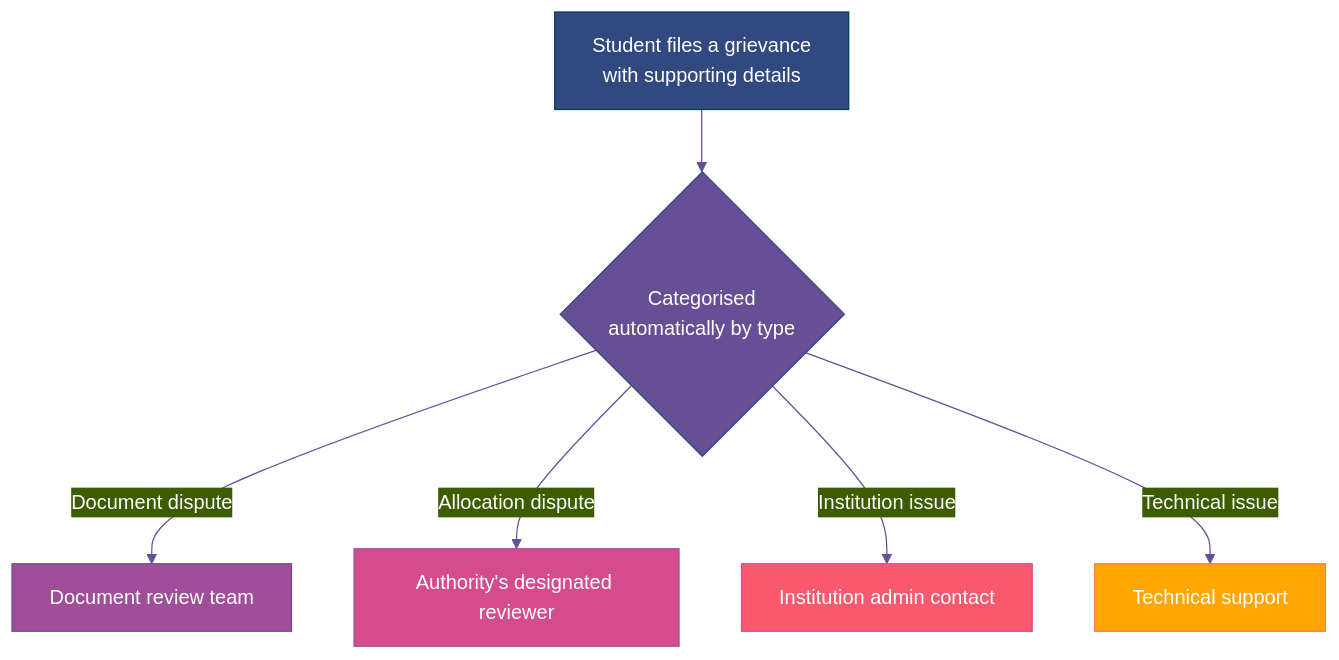
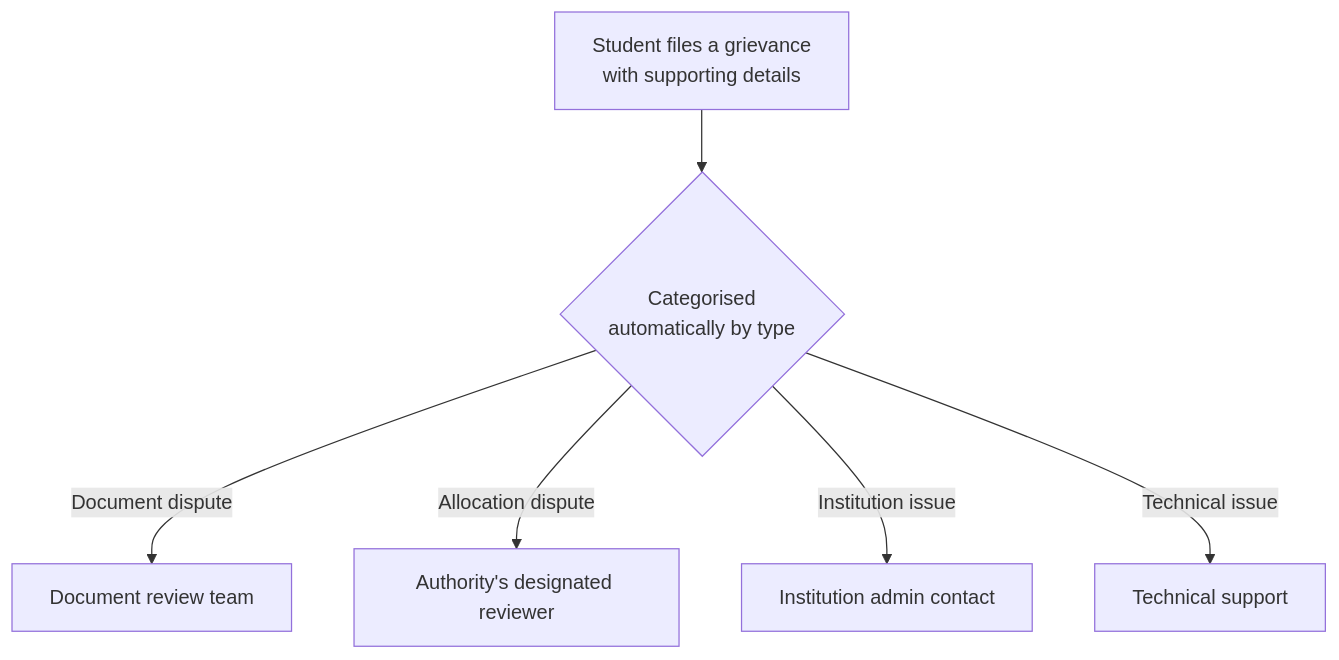
One commit to aashrutsharma/whitepaper changed the diagram in operations/how-a-dispute-actually-gets-resolved.mdx. Above: the diagram before and after it, drawn with Mermaid. The commit also changed other lines of this file and 1 other file, not shown here.

Commit message:
Updated mintlify pages
- Updated operations/how-a-dispute-actually-gets-resolved.mdx
- Updated operations/the-safety-levers-behind-every-round.mdx
- Updated getting-started/overview.mdx
- Updated getting-started/news-stand.mdx

Mintlify-Source: dashboard-editor

````diff
--- a/operations/how-a-dispute-actually-gets-resolved.mdx
+++ b/operations/how-a-dispute-actually-gets-resolved.mdx
@@ -31,26 +31,9 @@
 ```mermaid
-%%{init: {
-  'theme': 'base',
-  'themeVariables': {
-    'primaryColor': '#003d5c',
-    'primaryTextColor': '#ffffff',
-    'primaryBorderColor': '#31497e',
-    'lineColor': '#674f95',
-    'background': 'transparent',
-    'fontFamily': 'Inter, sans-serif'
-  }
-}}%%
+
 flowchart TD
     A[Student files a grievance\nwith supporting details] --> B{Categorised\nautomatically by type}
     B -->|Document dispute| C[Document review team]
     B -->|Allocation dispute| D[Authority's designated reviewer]
     B -->|Institution issue| E[Institution admin contact]
     B -->|Technical issue| F[Technical support]
-
-    style A fill:#31497e,stroke:#003d5c,color:#fff
-    style B fill:#674f95,stroke:#31497e,color:#fff
-    style C fill:#a14e9a,stroke:#674f95,color:#fff
-    style D fill:#d44c8d,stroke:#a14e9a,color:#fff
-    style E fill:#f9596f,stroke:#d44c8d,color:#fff
-    style F fill:#ffa600,stroke:#ff7a47,color:#fff
 ```
````
